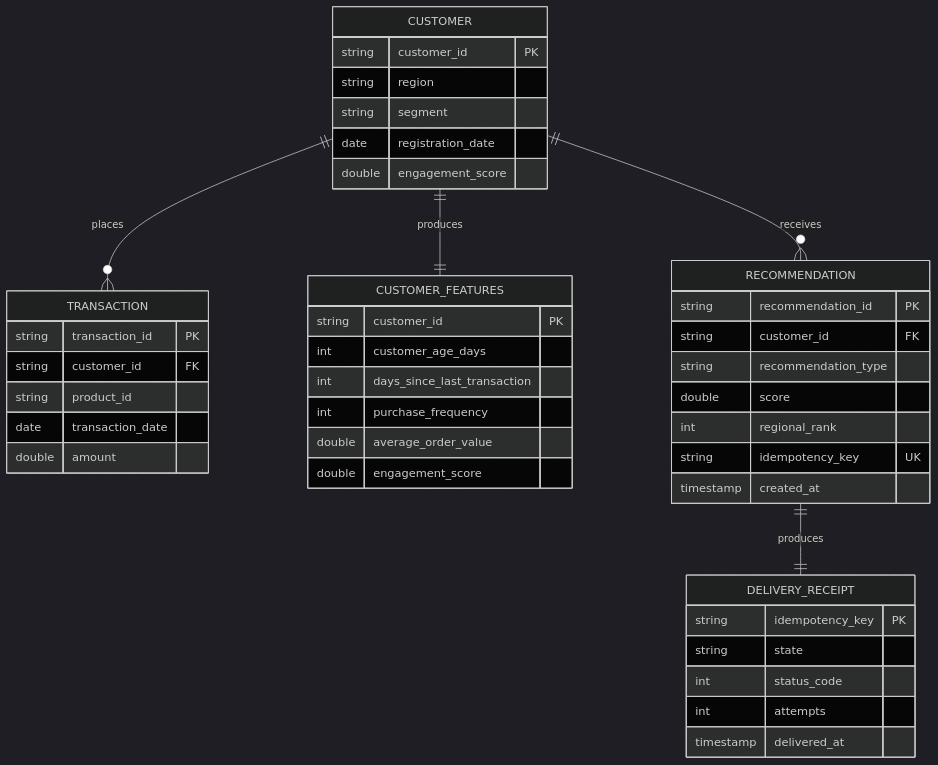
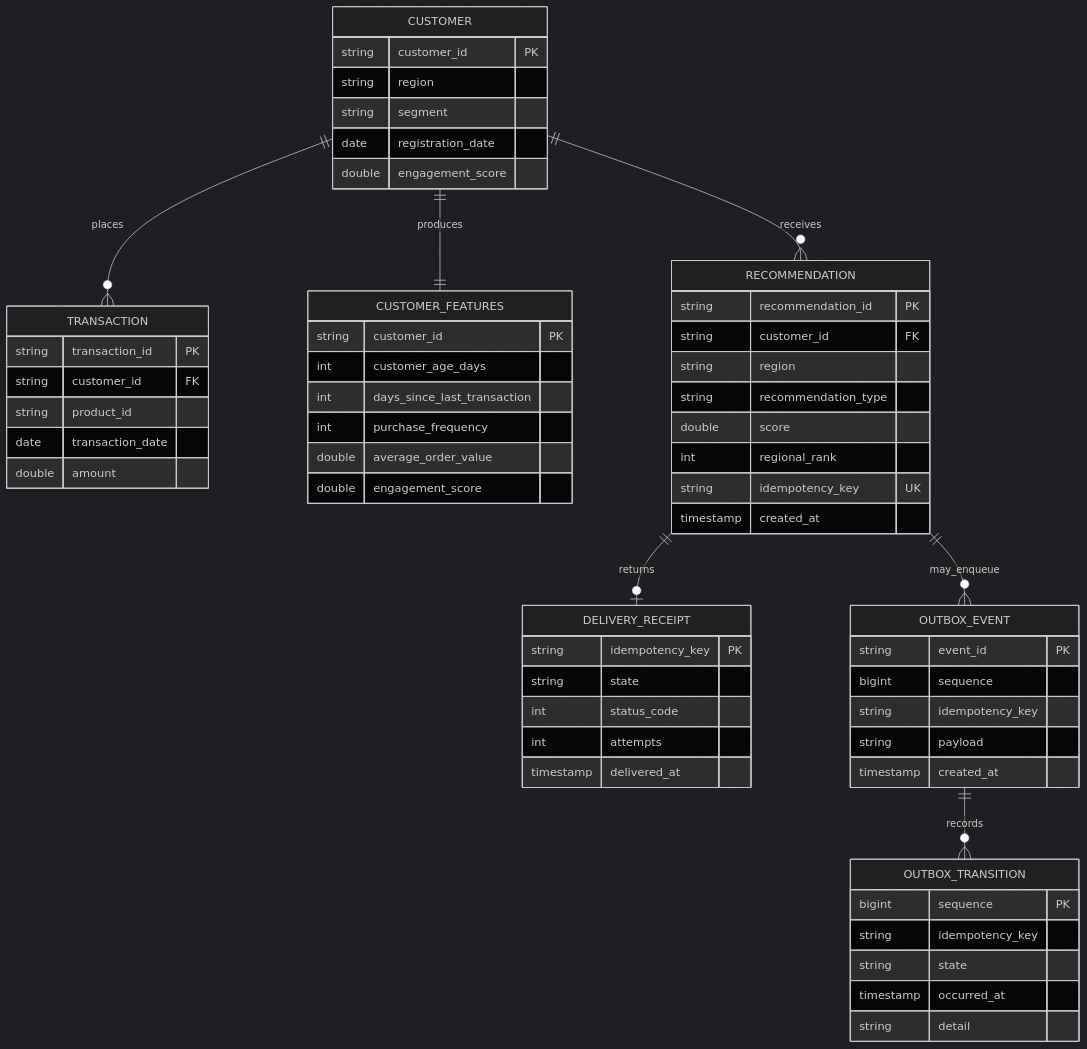
Before and after one commit to gabrafur/customer-engagement-data-platform: the diagram in docs/data-model.md, drawn with Mermaid (dark theme). The commit also changed other lines of this file and 15 other files, not shown here.

````diff
--- a/docs/data-model.md
+++ b/docs/data-model.md
@@ -3,46 +6,63 @@
-```mermaid
+~~~mermaid
 erDiagram
     CUSTOMER ||--o{ TRANSACTION : places
     CUSTOMER ||--|| CUSTOMER_FEATURES : produces
     CUSTOMER ||--o{ RECOMMENDATION : receives
-    RECOMMENDATION ||--|| DELIVERY_RECEIPT : produces
+    RECOMMENDATION ||--o| DELIVERY_RECEIPT : returns
+    RECOMMENDATION ||--o{ OUTBOX_EVENT : may_enqueue
+    OUTBOX_EVENT ||--o{ OUTBOX_TRANSITION : records
 
     CUSTOMER {
         string customer_id PK
         string region
         string segment
         date registration_date
         double engagement_score
     }
     TRANSACTION {
         string transaction_id PK
         string customer_id FK
         string product_id
         date transaction_date
         double amount
     }
     CUSTOMER_FEATURES {
         string customer_id PK
         int customer_age_days
         int days_since_last_transaction
         int purchase_frequency
         double average_order_value
         double engagement_score
     }
     RECOMMENDATION {
         string recommendation_id PK
         string customer_id FK
+        string region
         string recommendation_type
         double score
         int regional_rank
         string idempotency_key UK
         timestamp created_at
     }
     DELIVERY_RECEIPT {
         string idempotency_key PK
         string state
         int status_code
         int attempts
         timestamp delivered_at
     }
-```
+    OUTBOX_EVENT {
+        string event_id PK
+        bigint sequence
+        string idempotency_key
+        string payload
+        timestamp created_at
+    }
+    OUTBOX_TRANSITION {
+        bigint sequence PK
+        string idempotency_key
+        string state
+        timestamp occurred_at
+        string detail
+    }
+~~~
````
